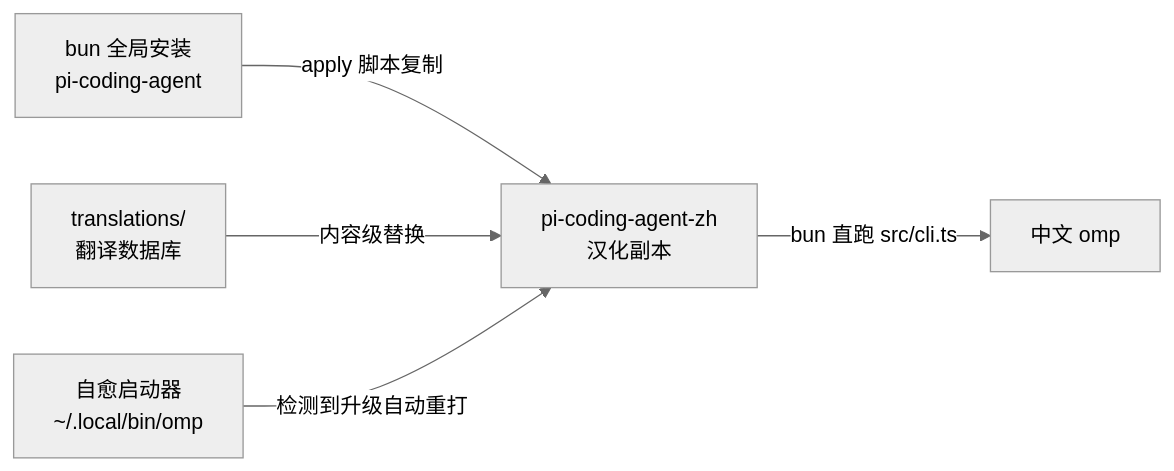
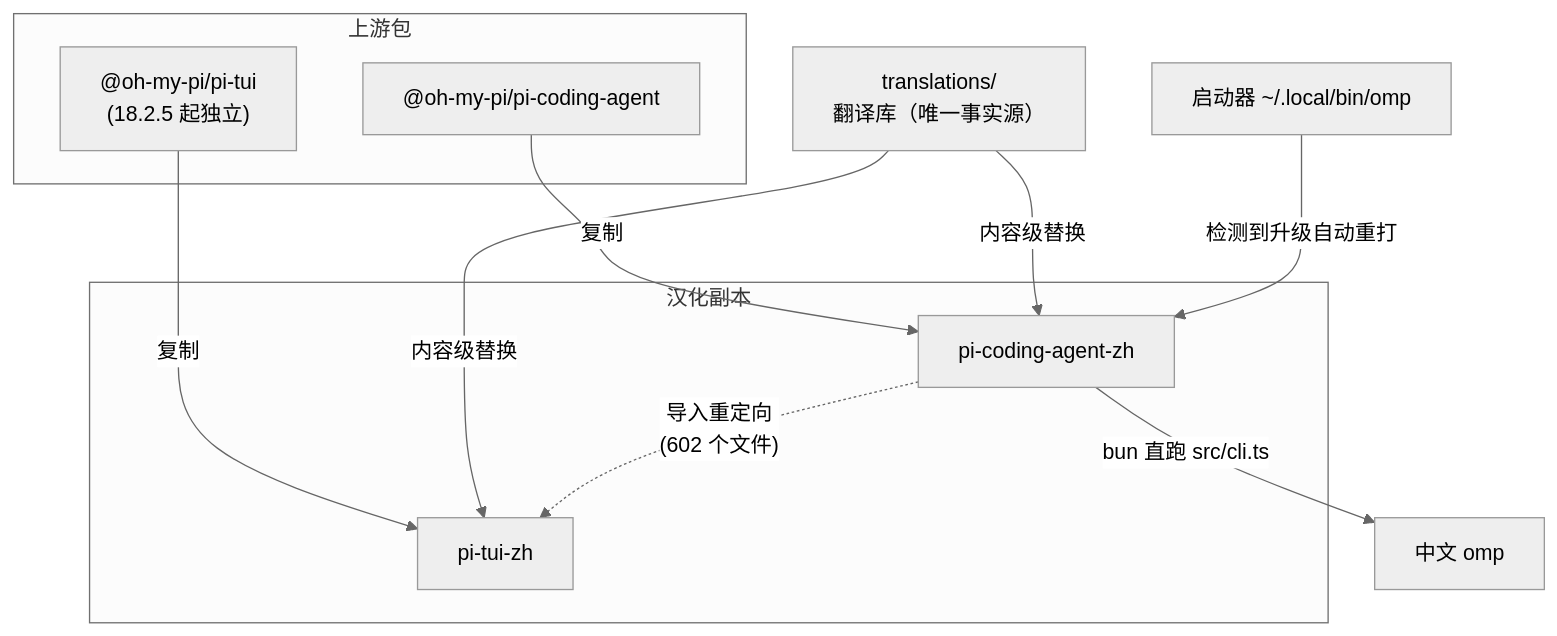
Before and after one commit to tt1bt/oh-my-pi-zh: the diagram in README.md, drawn with Mermaid (neutral theme). The commit also changed other lines of this file, not shown here.

````diff
--- a/README.md
+++ b/README.md
@@ -30,7 +69,24 @@
 ```mermaid
-graph LR
-    A[bun 全局安装<br/>pi-coding-agent] -->|apply 脚本复制| B[pi-coding-agent-zh<br/>汉化副本]
-    C[translations/<br/>翻译数据库] -->|内容级替换| B
-    B -->|bun 直跑 src/cli.ts| D[中文 omp]
-    E[自愈启动器<br/>~/.local/bin/omp] -->|检测到升级自动重打| B
+graph TB
+    subgraph 上游包
+        A["@oh-my-pi/pi-coding-agent"]
+        B["@oh-my-pi/pi-tui<br/>(18.2.5 起独立)"]
+    end
+
+    subgraph 汉化副本
+        C["pi-coding-agent-zh"]
+        D["pi-tui-zh"]
+    end
+
+    T["translations/<br/>翻译库（唯一事实源）"]
+    L["启动器 ~/.local/bin/omp"]
+    R["中文 omp"]
+
+    A -->|复制| C
+    B -->|复制| D
+    T -->|内容级替换| C
+    T -->|内容级替换| D
+    C -.->|"导入重定向<br/>(602 个文件)"| D
+    L -->|检测到升级自动重打| C
+    C -->|bun 直跑 src/cli.ts| R
 ```
````
